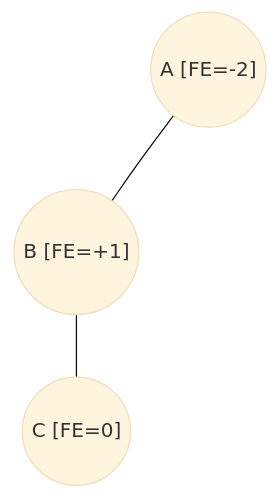
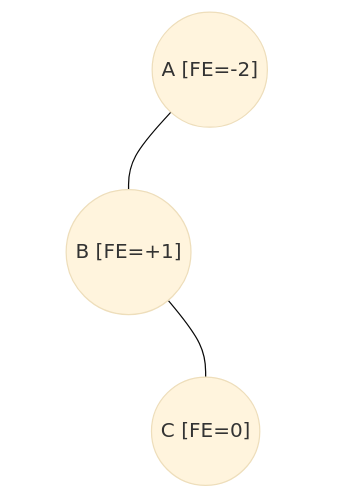
Before and after one commit to frijolitobandido/Guia_Matematica_Discreta: diagram 24 of 36 in 03-arboles.md, drawn with Mermaid (base theme). The commit also changed other lines of this file, not shown here.

````diff
--- a/03-arboles.md
+++ b/03-arboles.md
@@ -646,9 +652,10 @@
 ```mermaid
 graph TD
-    e1(("A [FE=-2]")) --- e2(("B [FE=+1]"))
-    e1 ~~~ sp1(( )):::invisible
-    sp2(( )):::invisible ~~~ e2
-    e2 --- e3(("C [FE=0]"))
+    A(("A [FE=-2]")) --- B(("B [FE=+1]"))
+    A --- sp1[" "]:::invis
+    B --- sp2[" "]:::invis
+    B --- C(("C [FE=0]"))
 
-    classDef invisible fill:none,stroke:none
+    classDef invis fill:none,stroke:none,color:none
+    linkStyle 1,2 stroke:none;
 ```
````
